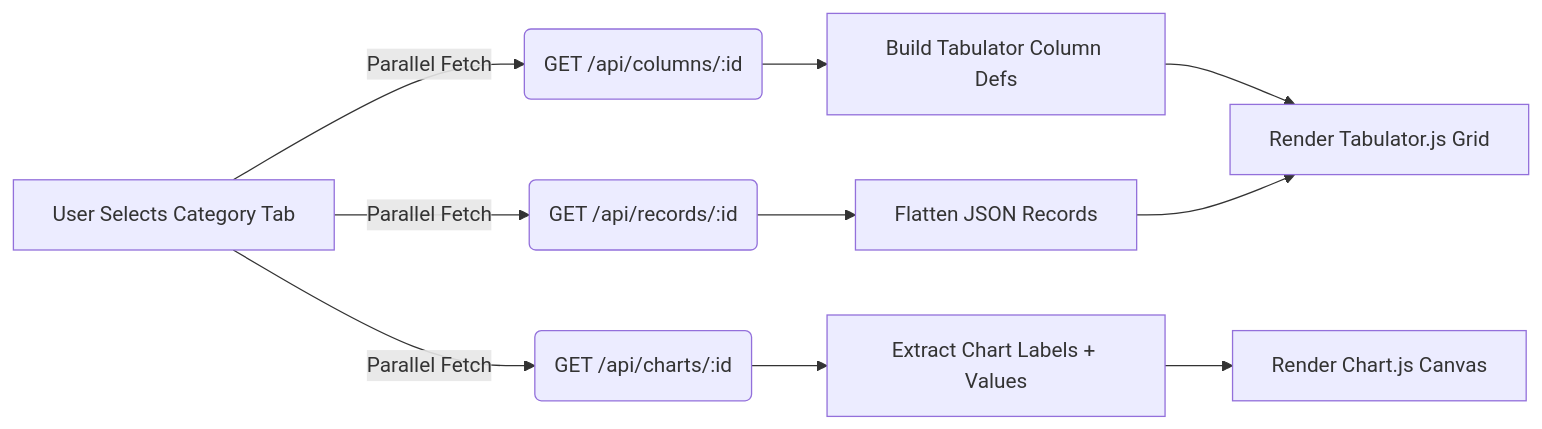
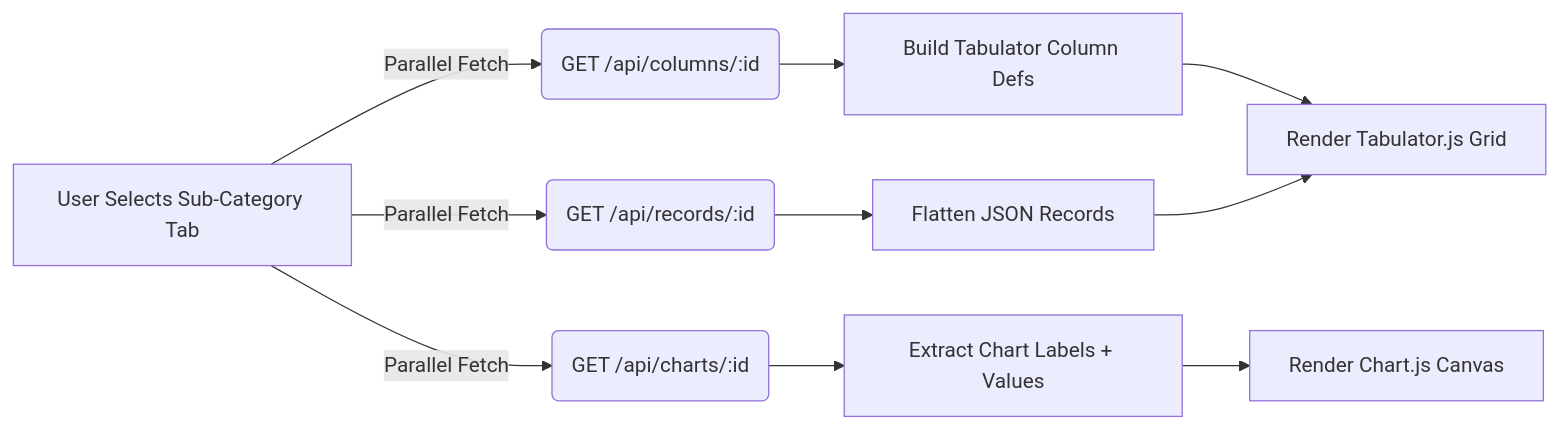
Before and after one commit to emenace/stat-pview: the third of 3 diagrams in architecture.md, drawn with Mermaid. The commit also changed other lines of this file and 25 other files, not shown here.

Commit message:
overhaul data with category and sub-category

````diff
--- a/architecture.md
+++ b/architecture.md
@@ -133,11 +139,11 @@
 ```mermaid
 flowchart LR
-    A[User Selects Category Tab] -->|Parallel Fetch| B(GET /api/columns/:id)
+    A[User Selects Sub-Category Tab] -->|Parallel Fetch| B(GET /api/columns/:id)
     A -->|Parallel Fetch| C(GET /api/records/:id)
     A -->|Parallel Fetch| D(GET /api/charts/:id)
     B --> E[Build Tabulator Column Defs]
     C --> F[Flatten JSON Records]
     D --> G[Extract Chart Labels + Values]
     E & F --> H[Render Tabulator.js Grid]
     G --> I[Render Chart.js Canvas]
 ```
````
